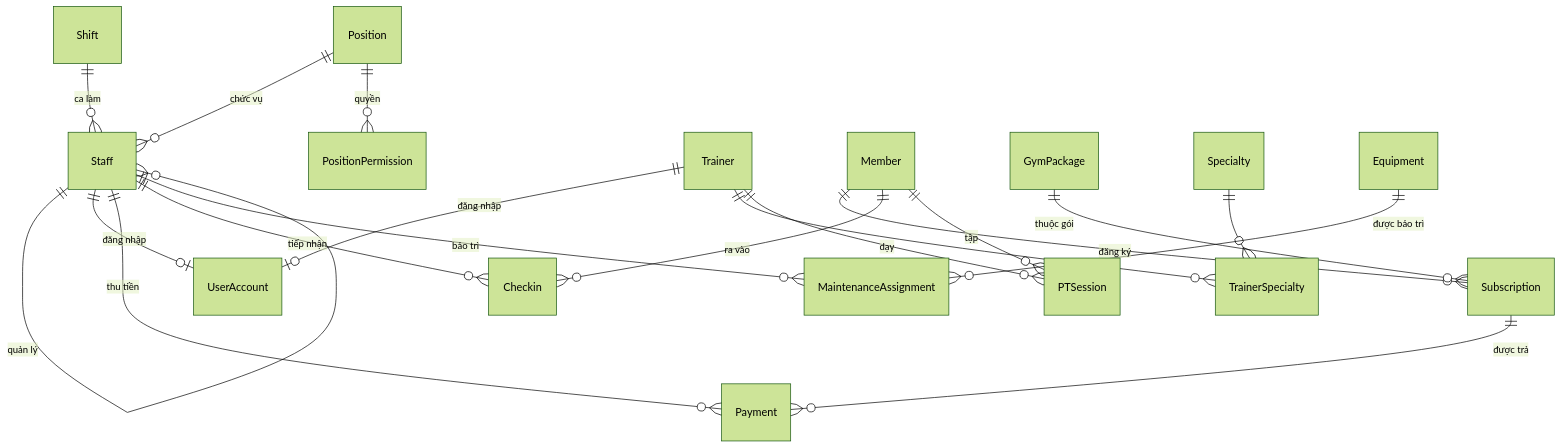
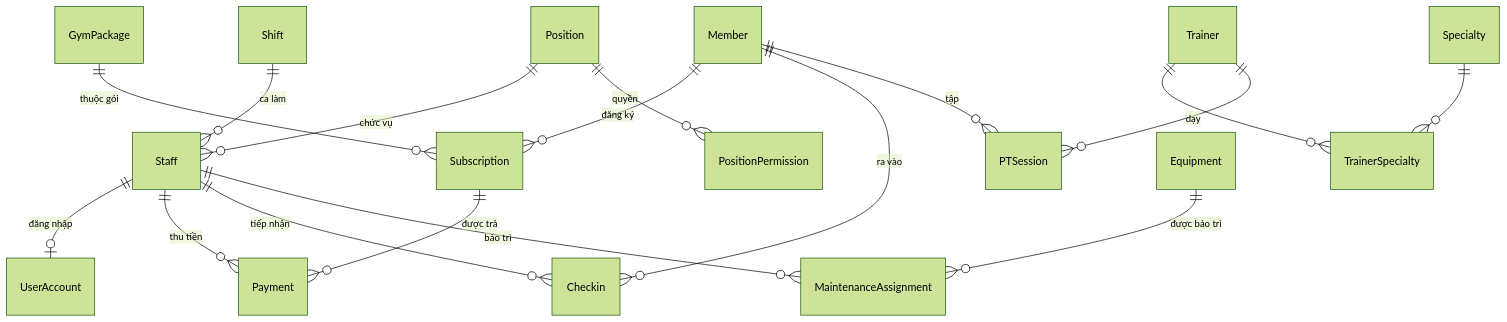
Before and after one commit to vanhong070406-design/GYM: the diagram in docs/DATABASE_DESIGN.md, drawn with Mermaid (forest theme). The commit also changed other lines of this file and 26 other files, not shown here.

First line of the commit message:
Chỉ Quản lý và Lễ tân có tài khoản đăng nhập, bỏ cột ManagerID

````diff
--- a/docs/DATABASE_DESIGN.md
+++ b/docs/DATABASE_DESIGN.md
@@ -74,21 +75,19 @@
 ```mermaid
 erDiagram
     Shift ||--o{ Staff : "ca làm"
-    Staff ||--o{ Staff : "quản lý"
     Position ||--o{ Staff : "chức vụ"
     Position ||--o{ PositionPermission : "quyền"
     Staff ||--o| UserAccount : "đăng nhập"
-    Trainer ||--o| UserAccount : "đăng nhập"
     Member ||--o{ Subscription : "đăng ký"
     GymPackage ||--o{ Subscription : "thuộc gói"
     Subscription ||--o{ Payment : "được trả"
     Staff ||--o{ Payment : "thu tiền"
     Member ||--o{ Checkin : "ra vào"
     Staff ||--o{ Checkin : "tiếp nhận"
     Trainer ||--o{ TrainerSpecialty : ""
     Specialty ||--o{ TrainerSpecialty : ""
     Trainer ||--o{ PTSession : "dạy"
     Member ||--o{ PTSession : "tập"
     Staff ||--o{ MaintenanceAssignment : "bảo trì"
     Equipment ||--o{ MaintenanceAssignment : "được bảo trì"
 ```
````
